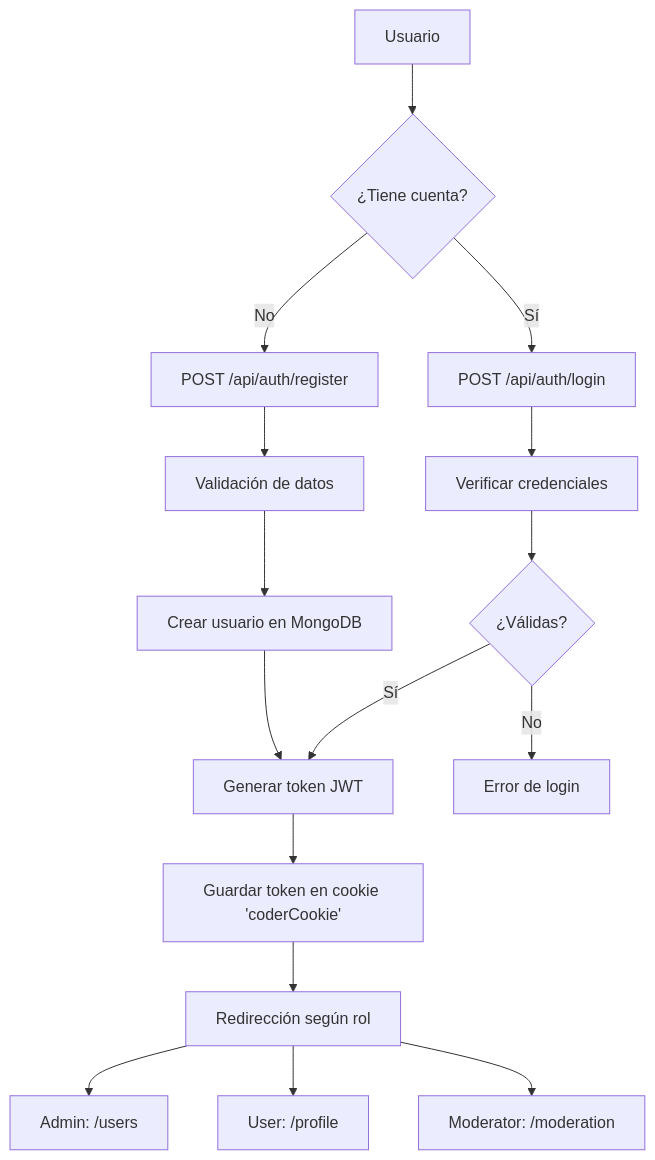
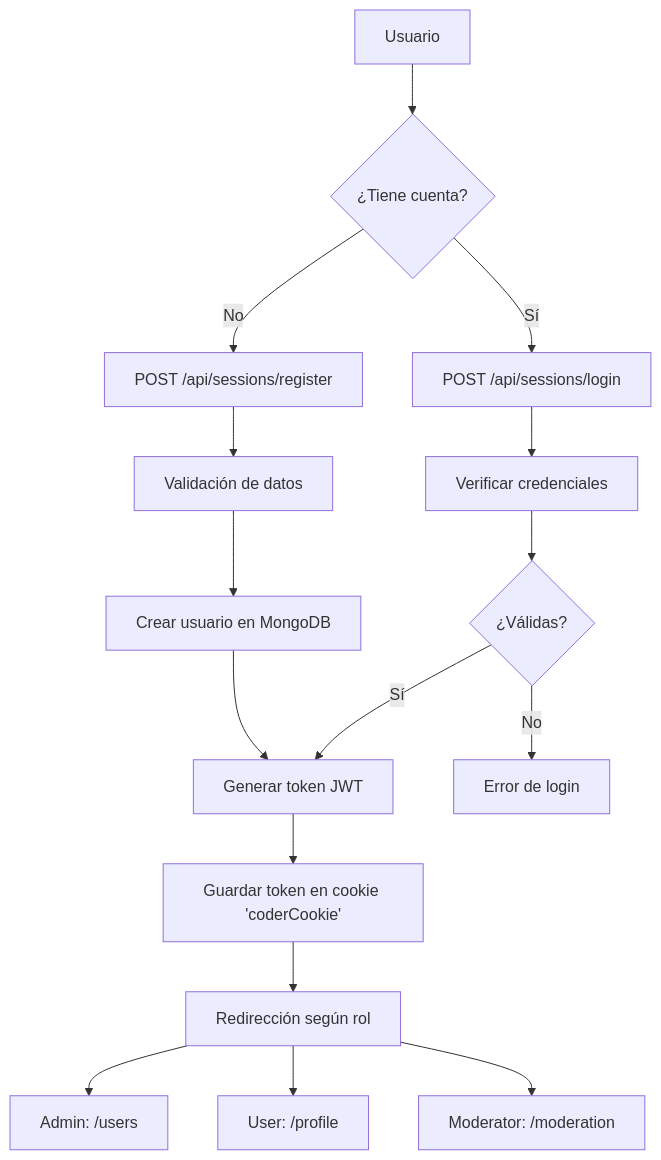
The first of 2 diagrams in README.md (jorgecardenas9006/coder-77155), drawn with Mermaid before and after one commit. The commit also changed other lines of this file and 9 other files, not shown here.

````diff
--- a/README.md
+++ b/README.md
@@ -162,18 +162,18 @@
 ```mermaid
 graph TD
     A[Usuario] --> B{¿Tiene cuenta?}
-    B -->|No| C[POST /api/auth/register]
-    B -->|Sí| D[POST /api/auth/login]
+    B -->|No| C[POST /api/sessions/register]
+    B -->|Sí| D[POST /api/sessions/login]
     C --> E[Validación de datos]
     E --> F[Crear usuario en MongoDB]
     F --> G[Generar token JWT]
     D --> H[Verificar credenciales]
     H --> I{¿Válidas?}
     I -->|Sí| G
     I -->|No| J[Error de login]
     G --> L[Guardar token en cookie 'coderCookie']
     L --> M[Redirección según rol]
     M --> N[Admin: /users]
     M --> O[User: /profile]
     M --> P[Moderator: /moderation]
 ```
````
